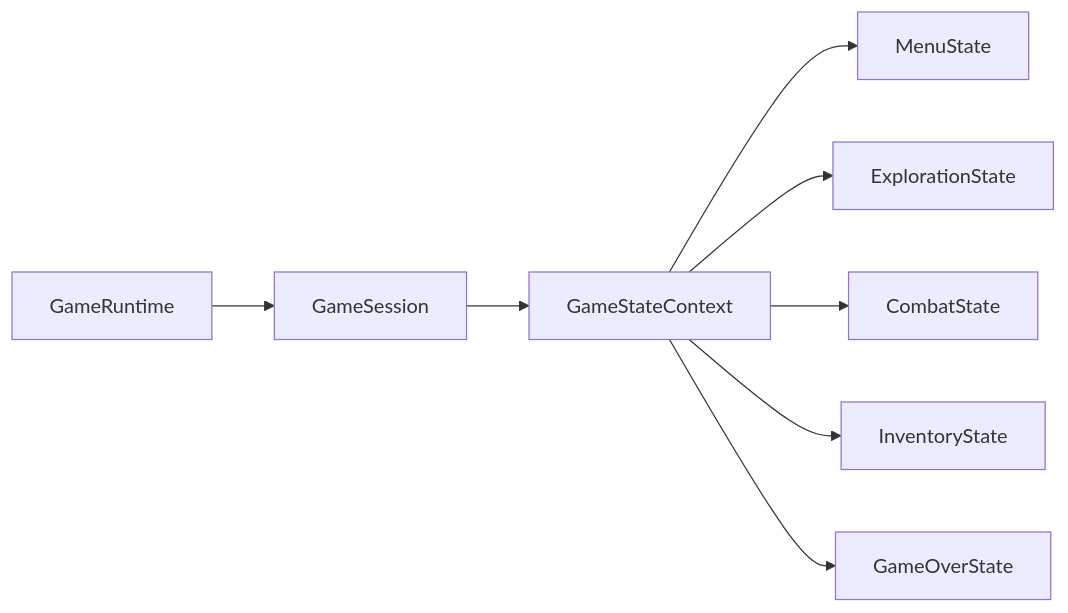
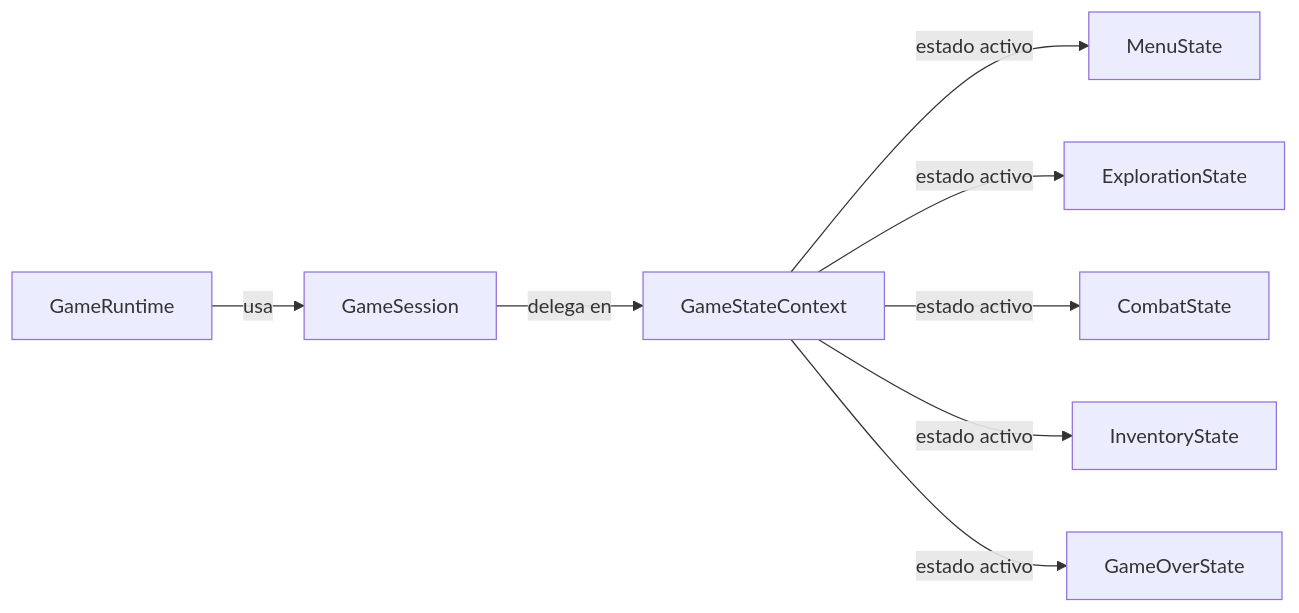
Before and after one commit to Craos6518/dungeon-crawler-patterns: the diagram in docs/03-patterns/state.md, drawn with Mermaid. The commit also changed 11 other files, not shown here.

Commit message:
refactor: actualizar diagramas y terminología en la documentación de patrones

````diff
--- a/docs/03-patterns/state.md
+++ b/docs/03-patterns/state.md
@@ -74,19 +74,19 @@
 ```mermaid
 flowchart LR
         Runtime[GameRuntime]
         Session[GameSession]
         Ctx[GameStateContext]
         Menu[MenuState]
         Explore[ExplorationState]
         Combat[CombatState]
         Inventory[InventoryState]
         Over[GameOverState]
 
-        Runtime --> Session
-        Session --> Ctx
-        Ctx --> Menu
-        Ctx --> Explore
-        Ctx --> Combat
-        Ctx --> Inventory
-        Ctx --> Over
+        Runtime -->|usa| Session
+        Session -->|delega en| Ctx
+        Ctx -->|estado activo| Menu
+        Ctx -->|estado activo| Explore
+        Ctx -->|estado activo| Combat
+        Ctx -->|estado activo| Inventory
+        Ctx -->|estado activo| Over
 ```
````
